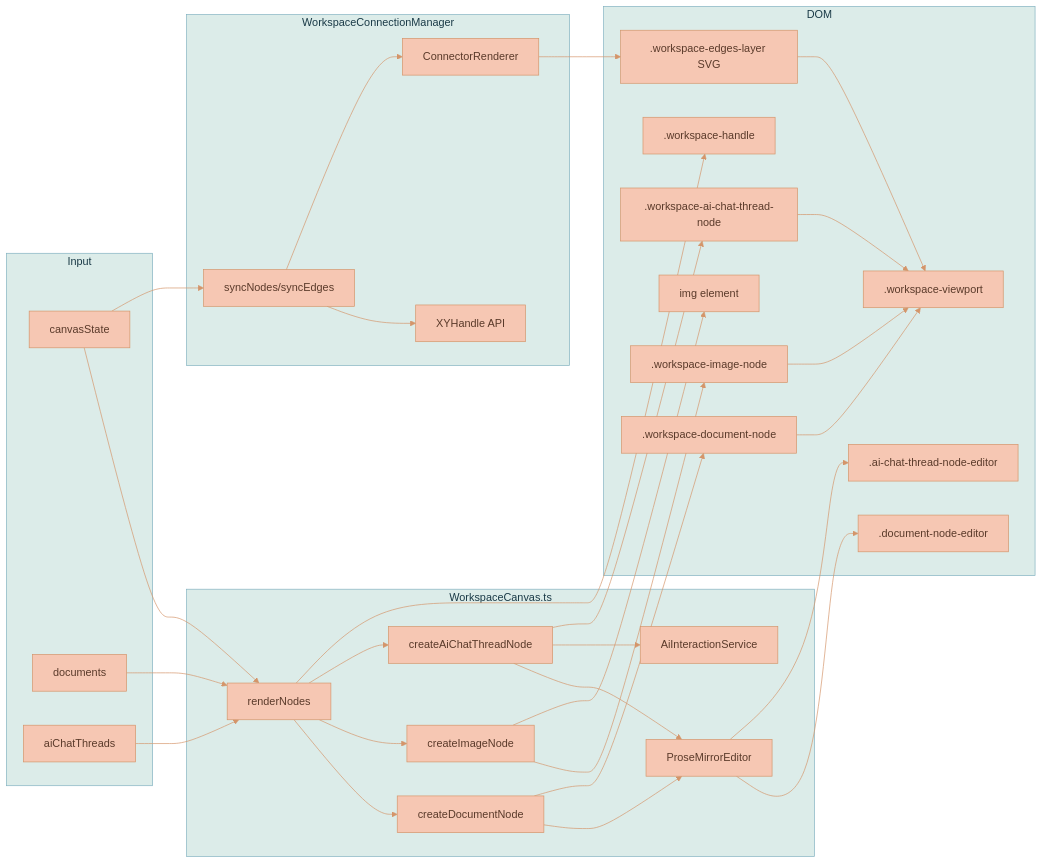
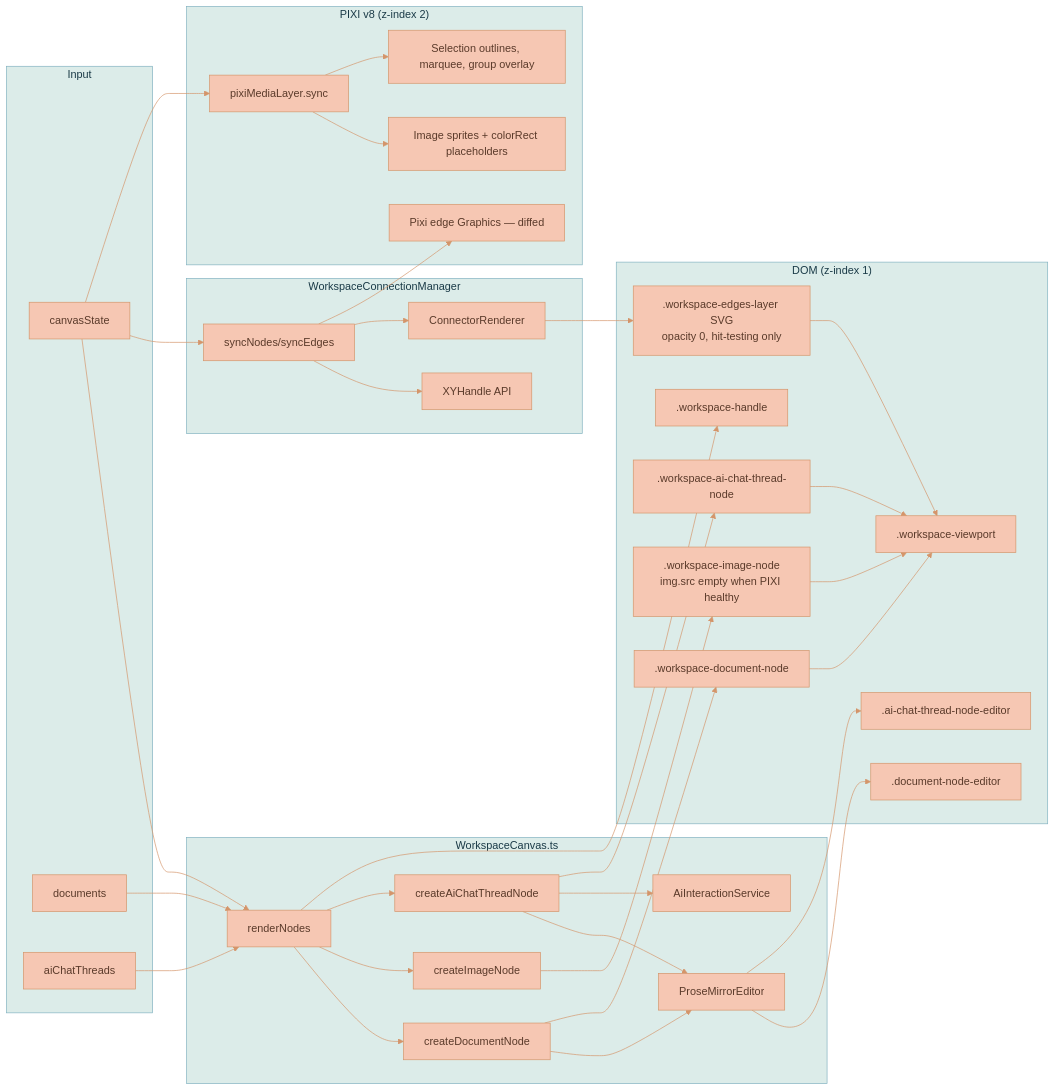
Before and after one commit to Lixpi/lixpi: the eighth of 17 diagrams in documentation/features/WORKSPACE-FEATURE.md, drawn with Mermaid. The commit also changed other lines of this file and 2 other files, not shown here.

````diff
--- a/documentation/features/WORKSPACE-FEATURE.md
+++ b/documentation/features/WORKSPACE-FEATURE.md
@@ -560,61 +562,70 @@
 ```mermaid
 %%{init: {'theme': 'base', 'themeVariables': { 'primaryColor': '#F6C7B3', 'primaryTextColor': '#5a3a2a', 'primaryBorderColor': '#d4956a', 'secondaryColor': '#C3DEDD', 'secondaryTextColor': '#1a3a47', 'secondaryBorderColor': '#4a8a9d', 'tertiaryColor': '#DCECE9', 'tertiaryTextColor': '#1a3a47', 'tertiaryBorderColor': '#82B2C0', 'lineColor': '#d4956a', 'textColor': '#5a3a2a'}}}%%
 flowchart LR
     subgraph Input
         CS[canvasState]
         DOCS[documents]
         THREADS[aiChatThreads]
     end
 
     subgraph WorkspaceCanvas.ts
         RN[renderNodes]
         CDN[createDocumentNode]
         CIN[createImageNode]
         CTN[createAiChatThreadNode]
         PM[ProseMirrorEditor]
         AIS[AiInteractionService]
     end
 
     subgraph ConnectionManager["WorkspaceConnectionManager"]
         WCM[syncNodes/syncEdges]
         XYH[XYHandle API]
         CR[ConnectorRenderer]
     end
 
-    subgraph DOM
+    subgraph DOM["DOM (z-index 1)"]
         VP[.workspace-viewport]
-        EDGES[.workspace-edges-layer SVG]
+        EDGES[.workspace-edges-layer SVG<br/>opacity 0, hit-testing only]
         DOCNODES[.workspace-document-node]
-        IMGNODES[.workspace-image-node]
+        IMGNODES[.workspace-image-node<br/>img.src empty when PIXI healthy]
         THREADNODES[.workspace-ai-chat-thread-node]
         HANDLES[.workspace-handle]
         ED[.document-node-editor]
         TED[.ai-chat-thread-node-editor]
-        IMG[img element]
+    end
+
+    subgraph PIXI["PIXI v8 (z-index 2)"]
+        PML[pixiMediaLayer.sync]
+        SPR[Image sprites + colorRect placeholders]
+        PEDG[Pixi edge Graphics — diffed]
+        FG[Selection outlines, marquee, group overlay]
     end
 
     CS --> RN
     CS --> WCM
+    CS --> PML
     DOCS --> RN
     THREADS --> RN
     RN --> CDN
     RN --> CIN
     RN --> CTN
     RN --> HANDLES
     CDN --> PM
     CTN --> PM
     CTN --> AIS
     CDN --> DOCNODES
     CIN --> IMGNODES
     CTN --> THREADNODES
     DOCNODES --> VP
     IMGNODES --> VP
     THREADNODES --> VP
     WCM --> XYH
     WCM --> CR
+    WCM --> PEDG
     CR --> EDGES
     EDGES --> VP
     PM --> ED
     PM --> TED
-    CIN --> IMG
+    PML --> SPR
+    PML --> FG
 ```
````
